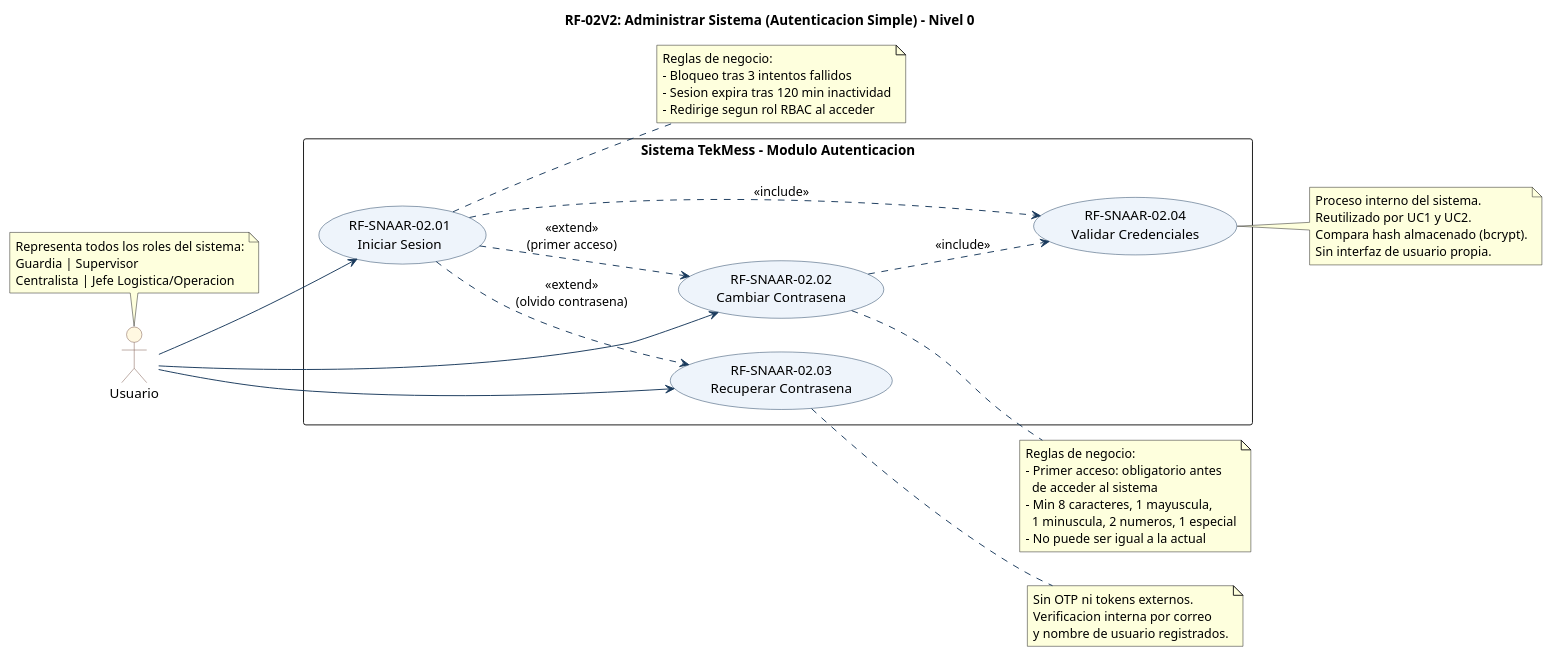
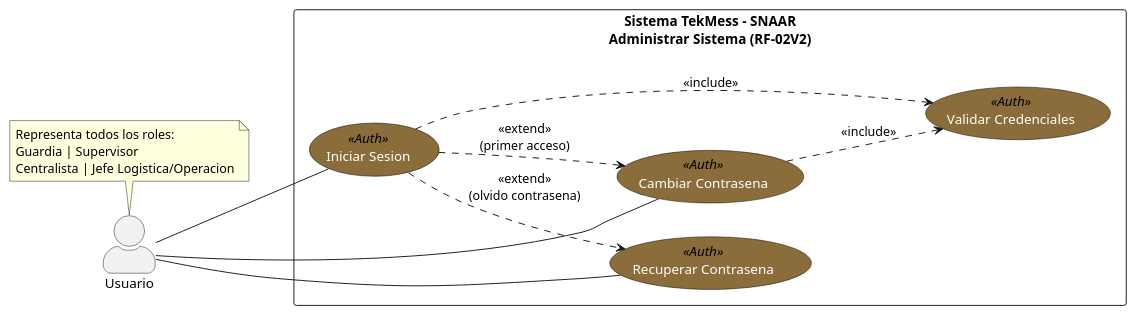
The diagram in Parcial 1/Diagramas_Requisitos/02_RF2V2_Autenticacion/Diagrama_N0_RF2V2.puml (Dval05/AndradeDanna_30723_G6_ADSW), drawn with PlantUML before and after one commit. The commit also changed 18 other files, not shown here.

```diff
--- a/Parcial 1/Diagramas_Requisitos/02_RF2V2_Autenticacion/Diagrama_N0_RF2V2.puml
+++ b/Parcial 1/Diagramas_Requisitos/02_RF2V2_Autenticacion/Diagrama_N0_RF2V2.puml
@@ -1,72 +1,42 @@
-@startuml
-title RF-02V2: Administrar Sistema (Autenticacion Simple) - Nivel 0
+@startuml DiagramaN0_RF2V2_AdministrarSistema
 
+skinparam actorStyle awesome
 left to right direction
-skinparam packageStyle rectangle
-skinparam shadowing false
+
+skinparam DefaultFontColor black
+skinparam BackgroundColor white
+
 skinparam usecase {
-  BackgroundColor #EEF4FB
-  BorderColor #1A3A5C
-  ArrowColor #1A3A5C
-}
-skinparam actor {
-  BackgroundColor #FFF8E1
-  BorderColor #795548
+    BackgroundColor<<Auth>> #8A6D3B
+    BorderColor black
+    FontColor white
 }
 
 actor "Usuario" as Usuario
 
 note top of Usuario
-  Representa todos los roles del sistema:
+  Representa todos los roles:
   Guardia | Supervisor
   Centralista | Jefe Logistica/Operacion
 end note
 
-rectangle "Sistema TekMess - Modulo Autenticacion" {
+rectangle "Sistema TekMess - SNAAR\nAdministrar Sistema (RF-02V2)" #White {
 
-  usecase "RF-SNAAR-02.01\nIniciar Sesion"          as UC1
-  usecase "RF-SNAAR-02.02\nCambiar Contrasena"      as UC2
-  usecase "RF-SNAAR-02.03\nRecuperar Contrasena"    as UC3
-  usecase "RF-SNAAR-02.04\nValidar Credenciales"    as UC4
+    usecase "Iniciar Sesion"        as UC1 <<Auth>>
+    usecase "Cambiar Contrasena"    as UC2 <<Auth>>
+    usecase "Recuperar Contrasena"  as UC3 <<Auth>>
+    usecase "Validar Credenciales"  as UC4 <<Auth>>
 
 }
 
-Usuario --> UC1
-Usuario --> UC2
-Usuario --> UC3
+Usuario--UC1
+Usuario--UC2
+Usuario--UC3
 
 UC1 ..> UC4 : <<include>>
 UC2 ..> UC4 : <<include>>
 UC1 ..> UC2 : <<extend>>\n(primer acceso)
 UC1 ..> UC3 : <<extend>>\n(olvido contrasena)
 
-note right of UC1
-  Reglas de negocio:
-  - Bloqueo tras 3 intentos fallidos
-  - Sesion expira tras 120 min inactividad
-  - Redirige segun rol RBAC al acceder
-end note
-
-note right of UC2
-  Reglas de negocio:
-  - Primer acceso: obligatorio antes
-    de acceder al sistema
-  - Min 8 caracteres, 1 mayuscula,
-    1 minuscula, 2 numeros, 1 especial
-  - No puede ser igual a la actual
-end note
-
-note right of UC3
-  Sin OTP ni tokens externos.
-  Verificacion interna por correo
-  y nombre de usuario registrados.
-end note
-
-note right of UC4
-  Proceso interno del sistema.
-  Reutilizado por UC1 y UC2.
-  Compara hash almacenado (bcrypt).
-  Sin interfaz de usuario propia.
-end note
-
+'Elaborado Grupo 6 - ADSW ESPE - 2026
 @enduml
```
